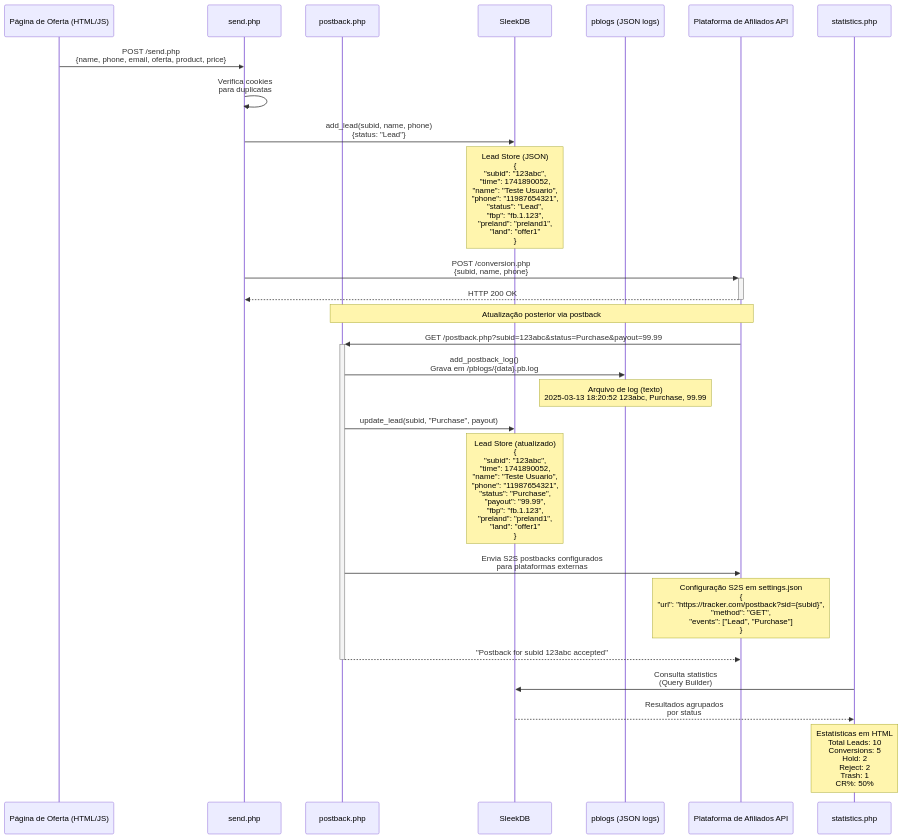
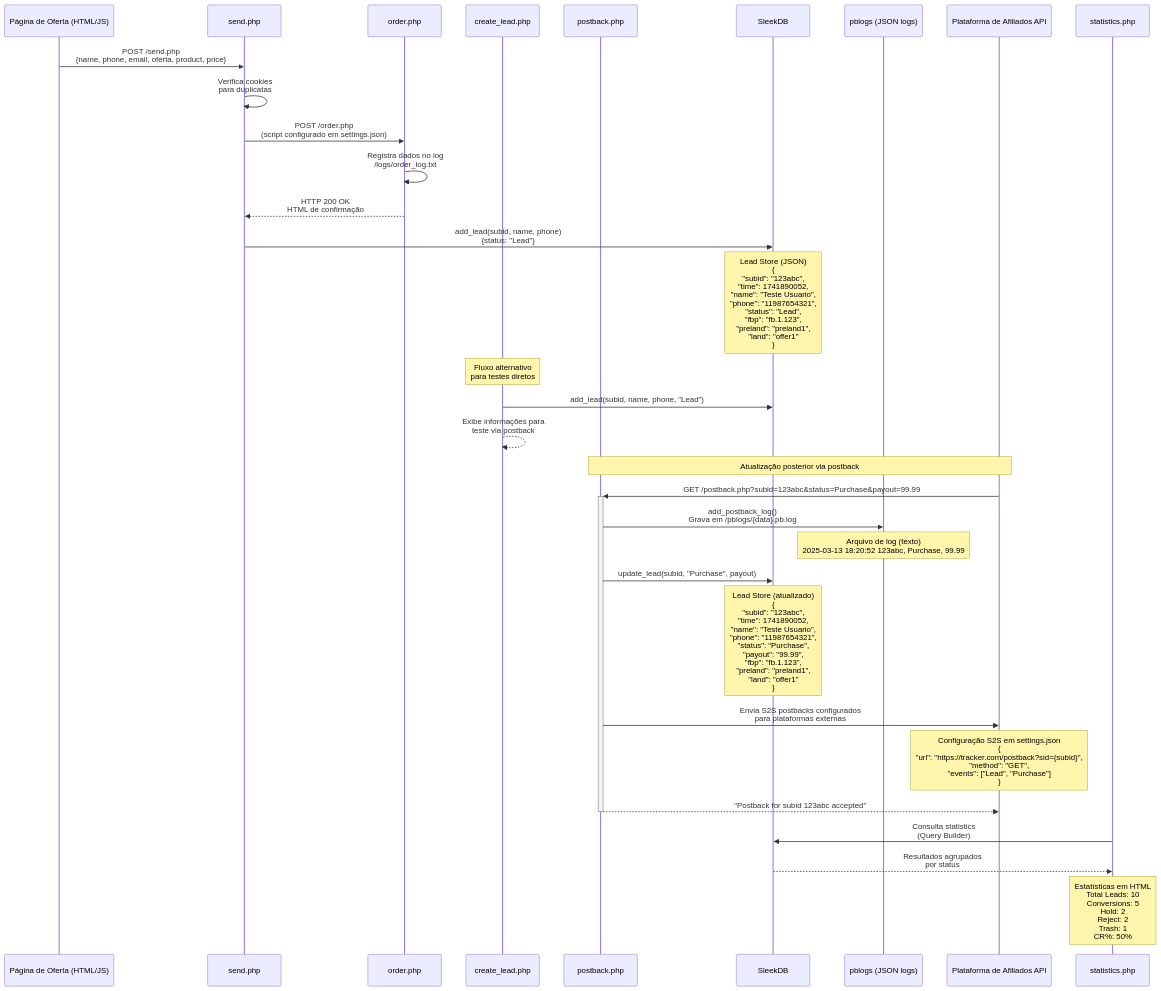
The diagram in docs/technical-flow.md (alexalxs/YCP), drawn with Mermaid before and after one commit. The commit also changed other lines of this file and 6 other files, not shown here.

````diff
--- a/docs/technical-flow.md
+++ b/docs/technical-flow.md
@@ -7,39 +7,49 @@
 ```mermaid
 sequenceDiagram
     participant OF as Página de Oferta (HTML/JS)
     participant SP as send.php
+    participant OR as order.php
+    participant CL as create_lead.php
     participant PB as postback.php
     participant DB as SleekDB
     participant LOG as pblogs (JSON logs)
     participant PA as Plataforma de Afiliados API
     participant EST as statistics.php
 
+    %% Fluxo normal via formulário
     OF->>SP: POST /send.php<br/>{name, phone, email, oferta, product, price}
     
     SP->>SP: Verifica cookies<br/>para duplicatas
     
+    SP->>OR: POST /order.php<br/>(script configurado em settings.json)
+    OR->>OR: Registra dados no log<br/>/logs/order_log.txt
+    OR-->>SP: HTTP 200 OK<br/>HTML de confirmação
+    
     SP->>DB: add_lead(subid, name, phone)<br/>{status: "Lead"}
     Note over DB: Lead Store (JSON)<br/>{<br/>  "subid": "123abc",<br/>  "time": 1741890052,<br/>  "name": "Teste Usuario",<br/>  "phone": "11987654321",<br/>  "status": "Lead",<br/>  "fbp": "fb.1.123",<br/>  "preland": "preland1",<br/>  "land": "offer1"<br/>}
     
-    SP->>+PA: POST /conversion.php<br/>{subid, name, phone}
-    PA-->>-SP: HTTP 200 OK
-
+    %% Fluxo alternativo para testes
+    Note over CL: Fluxo alternativo<br/>para testes diretos
+    CL->>DB: add_lead(subid, name, phone, "Lead")
+    CL-->>CL: Exibe informações para<br/>teste via postback
+    
+    %% Fluxo de postback
     Note over PB,PA: Atualização posterior via postback
     
     PA->>+PB: GET /postback.php?subid=123abc&status=Purchase&payout=99.99
     
     PB->>LOG: add_postback_log()<br/>Grava em /pblogs/{data}.pb.log
     Note over LOG: Arquivo de log (texto)<br/>2025-03-13 18:20:52 123abc, Purchase, 99.99
     
     PB->>DB: update_lead(subid, "Purchase", payout)
     Note over DB: Lead Store (atualizado)<br/>{<br/>  "subid": "123abc",<br/>  "time": 1741890052,<br/>  "name": "Teste Usuario",<br/>  "phone": "11987654321",<br/>  "status": "Purchase",<br/>  "payout": "99.99",<br/>  "fbp": "fb.1.123",<br/>  "preland": "preland1",<br/>  "land": "offer1"<br/>}
     
     PB->>PA: Envia S2S postbacks configurados<br/>para plataformas externas
     Note over PA: Configuração S2S em settings.json<br/>{<br/>  "url": "https://tracker.com/postback?sid={subid}",<br/>  "method": "GET",<br/>  "events": ["Lead", "Purchase"]<br/>}
     
     PB-->>-PA: "Postback for subid 123abc accepted"
     
     EST->>DB: Consulta statistics<br/>(Query Builder)
     DB-->>EST: Resultados agrupados<br/>por status
     Note over EST: Estatísticas em HTML<br/>Total Leads: 10<br/>Conversions: 5<br/>Hold: 2<br/>Reject: 2<br/>Trash: 1<br/>CR%: 50%
 ```
````
